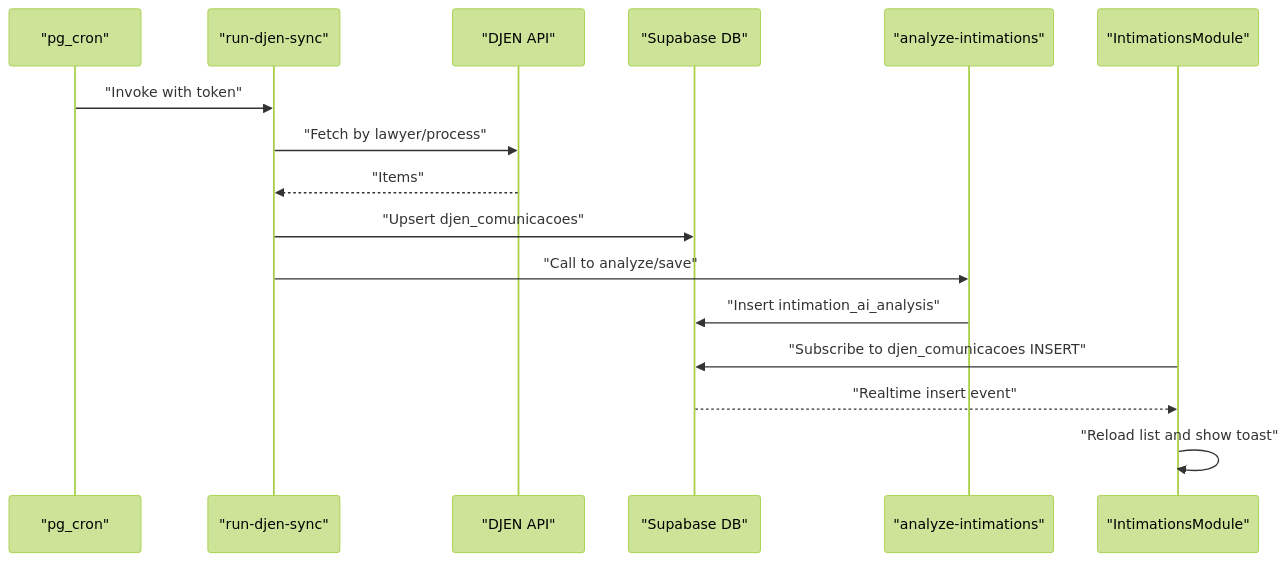
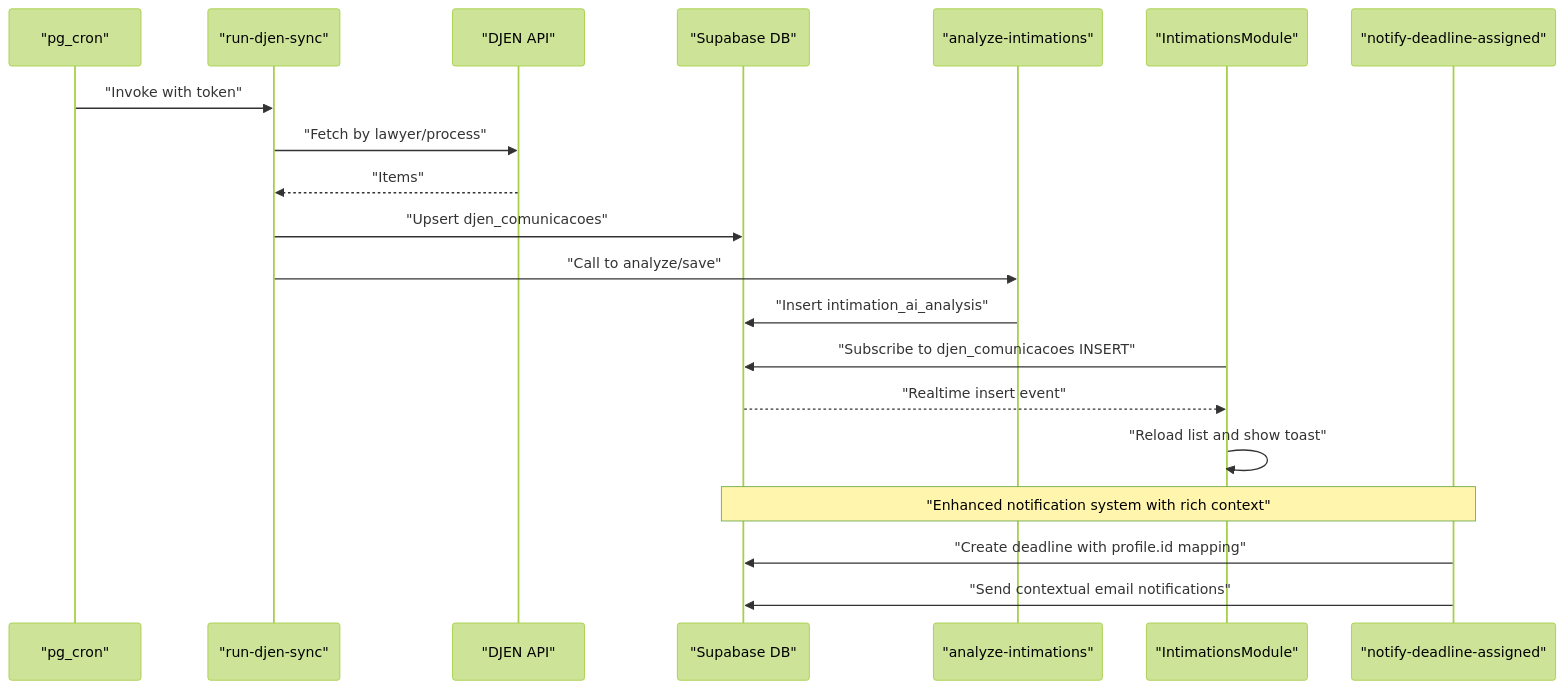
The second of 12 diagrams in .qoder/repowiki/en/content/Core Modules/Intimations Module.md (usermontalvao/CRMlaw), drawn with Mermaid (forest theme) before and after one commit. The commit also changed other lines of this file and 8 other files, not shown here.

````diff
--- a/.qoder/repowiki/en/content/Core Modules/Intimations Module.md
+++ b/.qoder/repowiki/en/content/Core Modules/Intimations Module.md
@@ -109,18 +151,22 @@
 ```mermaid
 sequenceDiagram
 participant Cron as "pg_cron"
 participant RunFn as "run-djen-sync"
 participant DJEN as "DJEN API"
 participant DB as "Supabase DB"
 participant AnalyzeFn as "analyze-intimations"
 participant FE as "IntimationsModule"
+participant NotifyFn as "notify-deadline-assigned"
 Cron->>RunFn : "Invoke with token"
 RunFn->>DJEN : "Fetch by lawyer/process"
 DJEN-->>RunFn : "Items"
 RunFn->>DB : "Upsert djen_comunicacoes"
 RunFn->>AnalyzeFn : "Call to analyze/save"
 AnalyzeFn->>DB : "Insert intimation_ai_analysis"
 FE->>DB : "Subscribe to djen_comunicacoes INSERT"
 DB-->>FE : "Realtime insert event"
 FE->>FE : "Reload list and show toast"
+Note over NotifyFn,DB : "Enhanced notification system with rich context"
+NotifyFn->>DB : "Create deadline with profile.id mapping"
+NotifyFn->>DB : "Send contextual email notifications"
 ```
````
